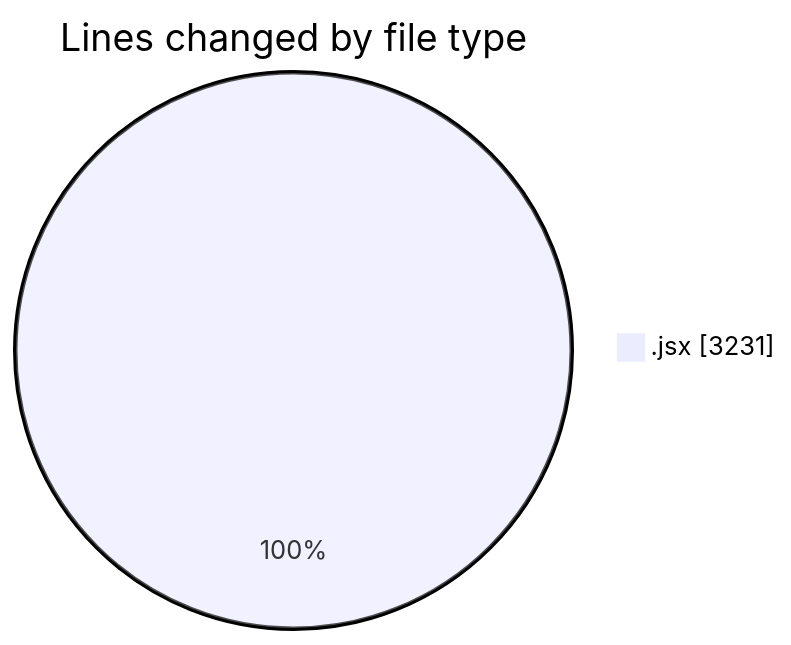
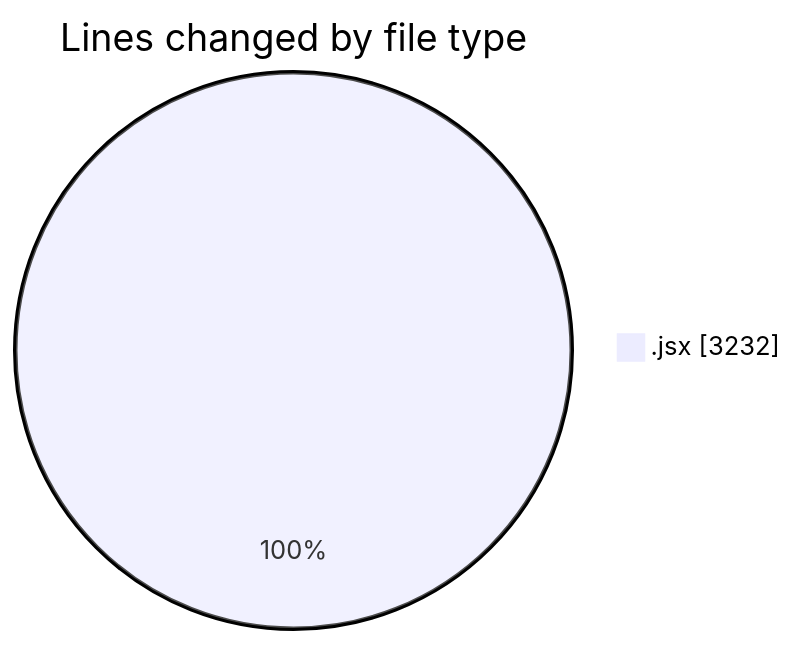
Before and after one commit to nxtqubesakshisongat/code-tracking: the first of 2 diagrams in 2025-07-04/argos/README.md, drawn with Mermaid. The commit also changed other lines of this file and 1 other file, not shown here.

````diff
--- a/2025-07-04/argos/README.md
+++ b/2025-07-04/argos/README.md
@@ -22,5 +22,5 @@
 ```mermaid
 pie showData
 title Lines changed by file type
-".jsx" : 3231
+".jsx" : 3232
 ```
````
